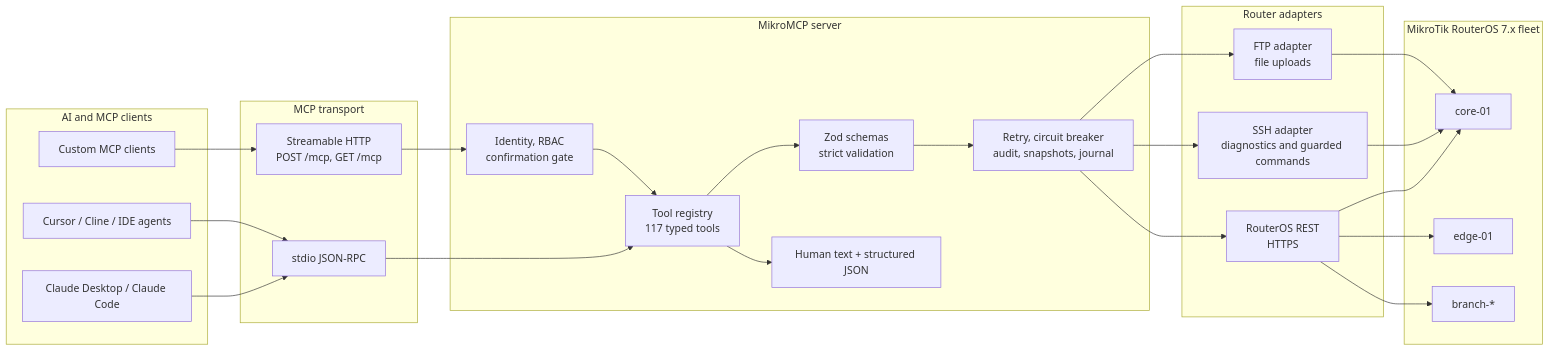
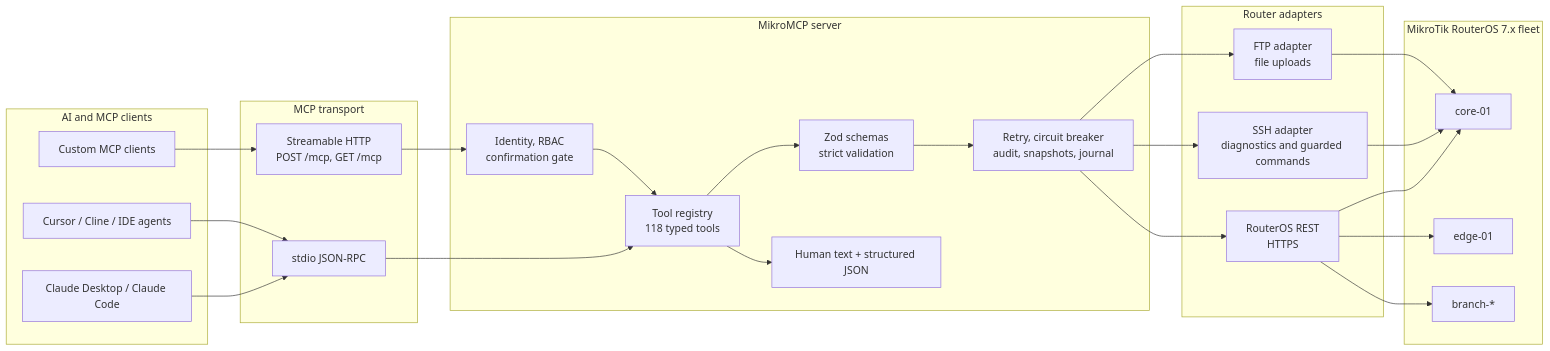
The first of 3 diagrams in docs/wiki/Architecture.md (AliKarami/MikroMCP), drawn with Mermaid before and after one commit. The commit also changed other lines of this file and 7 other files, not shown here.

````diff
--- a/docs/wiki/Architecture.md
+++ b/docs/wiki/Architecture.md
@@ -5,51 +5,51 @@
 ```mermaid
 flowchart LR
     subgraph Clients["AI and MCP clients"]
         Claude["Claude Desktop / Claude Code"]
         Cursor["Cursor / Cline / IDE agents"]
         Service["Custom MCP clients"]
     end
 
     subgraph Transport["MCP transport"]
         Stdio["stdio JSON-RPC"]
         Http["Streamable HTTP\nPOST /mcp, GET /mcp"]
     end
 
     subgraph Core["MikroMCP server"]
-        Registry["Tool registry\n117 typed tools"]
+        Registry["Tool registry\n118 typed tools"]
         Schemas["Zod schemas\nstrict validation"]
         Auth["Identity, RBAC\nconfirmation gate"]
         Safety["Retry, circuit breaker\naudit, snapshots, journal"]
         Format["Human text + structured JSON"]
     end
 
     subgraph Adapters["Router adapters"]
         Rest["RouterOS REST\nHTTPS"]
         Ssh["SSH adapter\ndiagnostics and guarded commands"]
         Ftp["FTP adapter\nfile uploads"]
     end
 
     subgraph Routers["MikroTik RouterOS 7.x fleet"]
         CoreRouter["core-01"]
         EdgeRouter["edge-01"]
         BranchRouter["branch-*"]
     end
 
     Claude --> Stdio
     Cursor --> Stdio
     Service --> Http
     Stdio --> Registry
     Http --> Auth
     Auth --> Registry
     Registry --> Schemas
     Schemas --> Safety
     Safety --> Rest
     Safety --> Ssh
     Safety --> Ftp
     Rest --> CoreRouter
     Rest --> EdgeRouter
     Rest --> BranchRouter
     Ssh --> CoreRouter
     Ftp --> CoreRouter
     Registry --> Format
 ```
````
